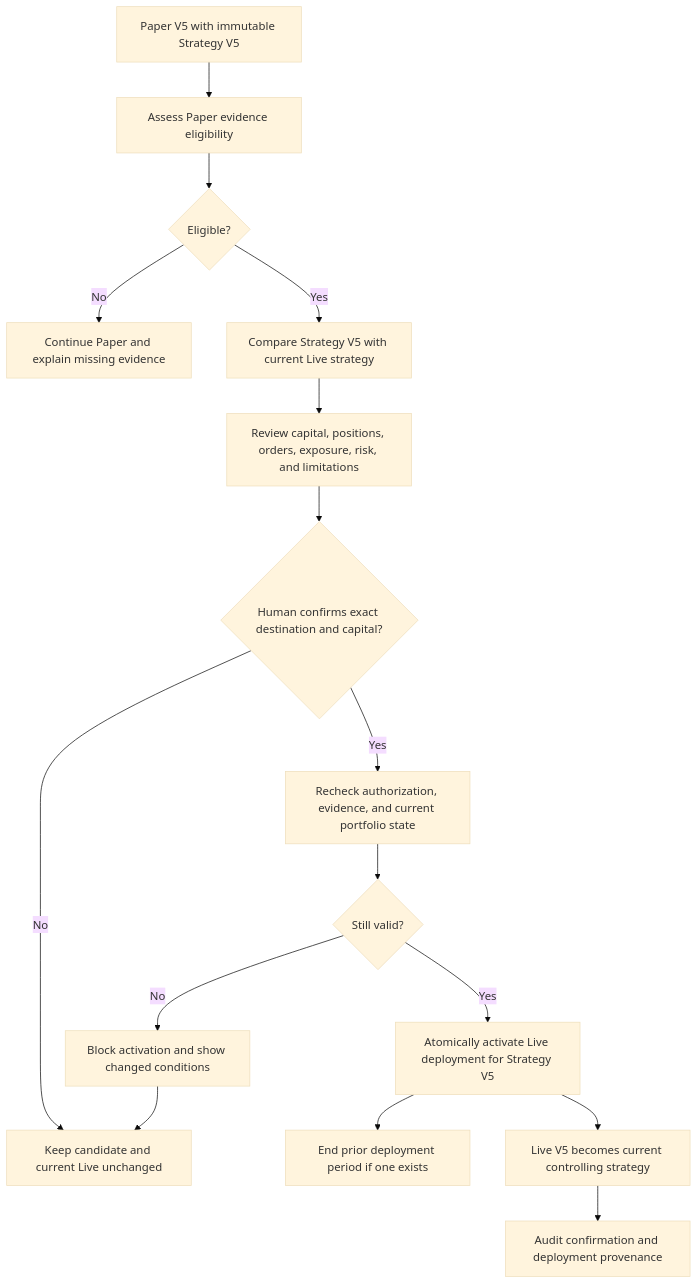
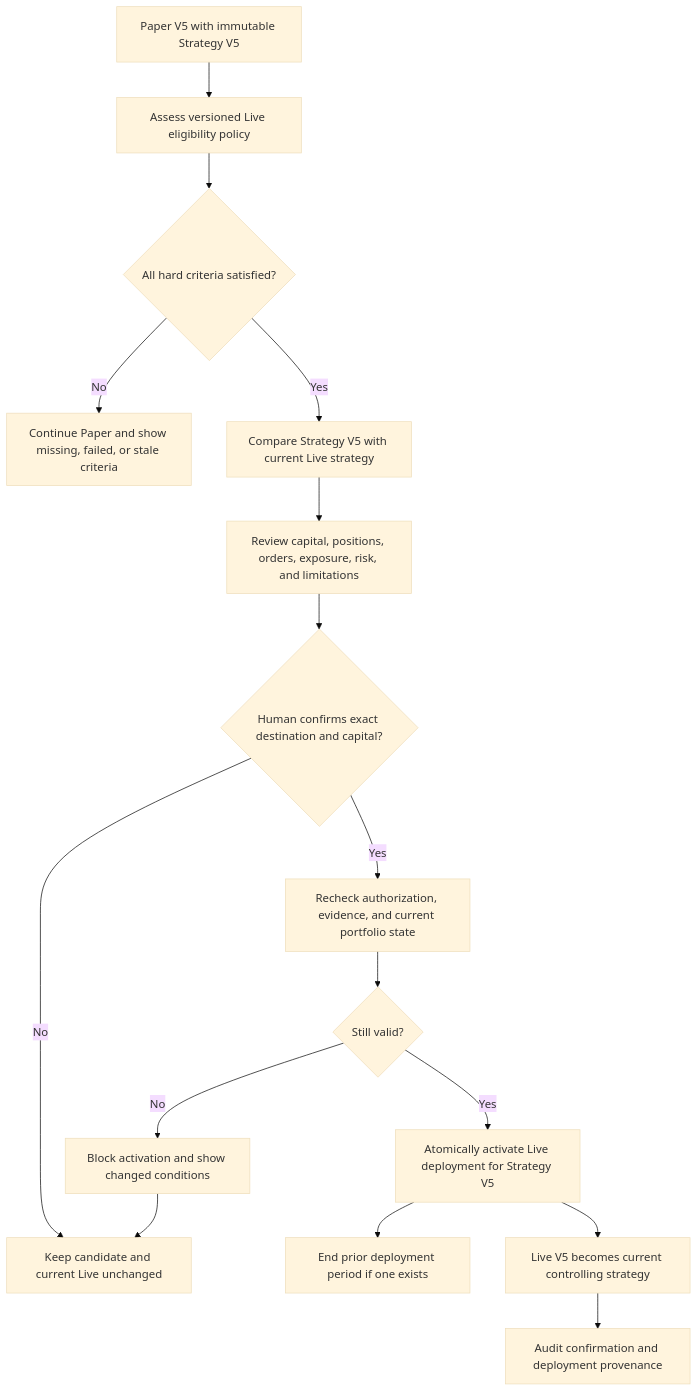
Before and after one commit to moosefroggo/vantheon-architecture: the fourth of 16 diagrams in docs/state-diagrams.md, drawn with Mermaid (base theme). The commit also changed other lines of this file and 19 other files, not shown here.

Commit message:
Harden architecture handbook safety gates

````diff
--- a/docs/state-diagrams.md
+++ b/docs/state-diagrams.md
@@ -128,18 +133,18 @@
 ```mermaid
 flowchart TD
-    A["Paper V5 with immutable Strategy V5"] --> B["Assess Paper evidence eligibility"]
-    B --> C{"Eligible?"}
-    C -->|"No"| D["Continue Paper and explain missing evidence"]
+    A["Paper V5 with immutable Strategy V5"] --> B["Assess versioned Live eligibility policy"]
+    B --> C{"All hard criteria satisfied?"}
+    C -->|"No"| D["Continue Paper and show missing, failed, or stale criteria"]
     C -->|"Yes"| E["Compare Strategy V5 with current Live strategy"]
     E --> F["Review capital, positions, orders, exposure, risk, and limitations"]
     F --> G{"Human confirms exact destination and capital?"}
     G -->|"No"| H["Keep candidate and current Live unchanged"]
     G -->|"Yes"| I["Recheck authorization, evidence, and current portfolio state"]
     I --> J{"Still valid?"}
     J -->|"No"| K["Block activation and show changed conditions"]
     K --> H
     J -->|"Yes"| L["Atomically activate Live deployment for Strategy V5"]
     L --> M["End prior deployment period if one exists"]
     L --> N["Live V5 becomes current controlling strategy"]
     N --> O["Audit confirmation and deployment provenance"]
 ```
````
